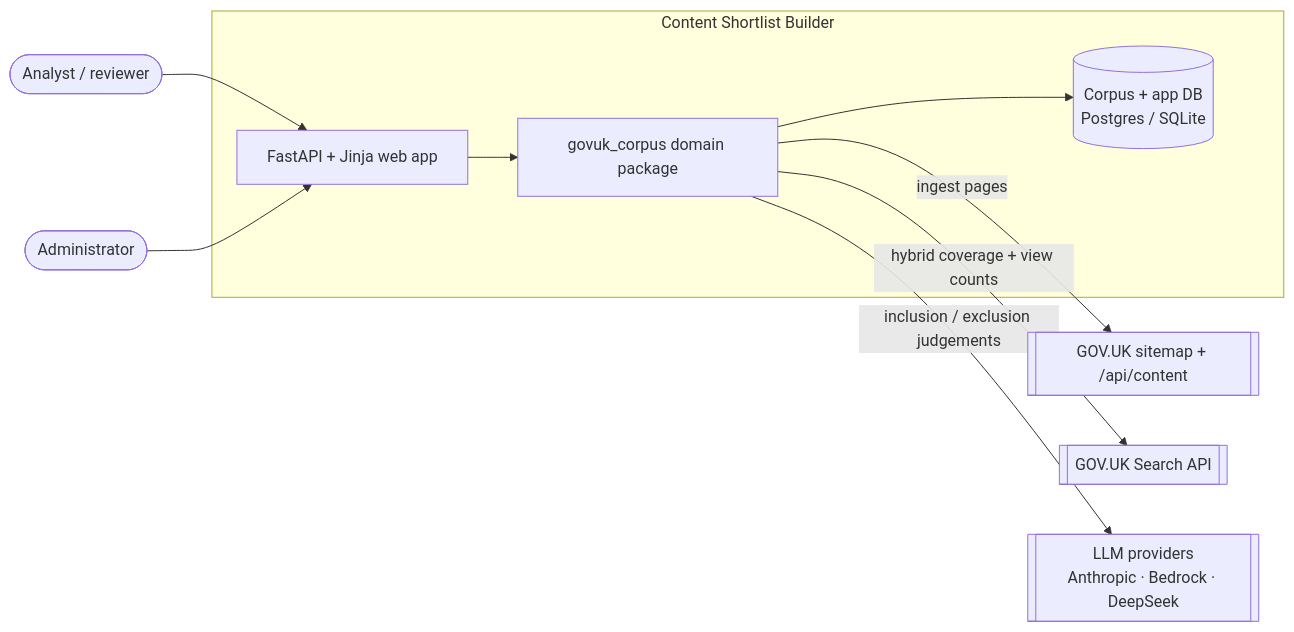
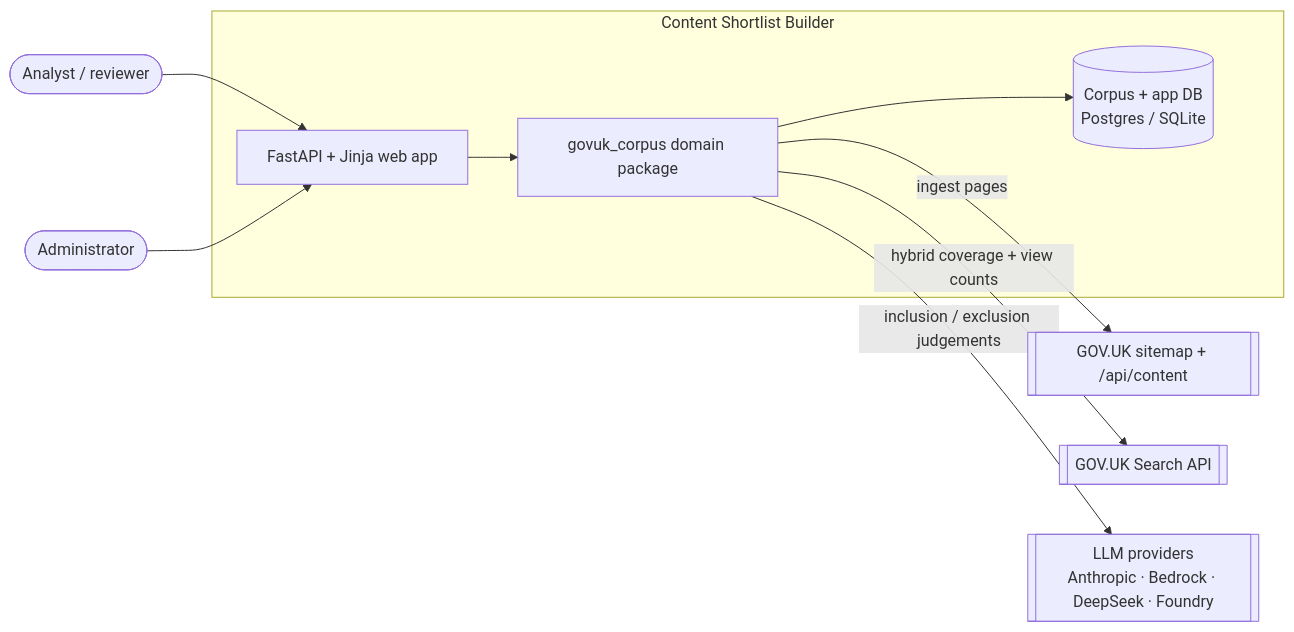
Before and after one commit to DEFRA/ai-gov-uk-guidance-discovery: the first of 4 diagrams in docs/architecture.md, drawn with Mermaid. The commit also changed other lines of this file and 12 other files, not shown here.

````diff
--- a/docs/architecture.md
+++ b/docs/architecture.md
@@ -32,20 +32,20 @@
 ```mermaid
 flowchart LR
   user([Analyst / reviewer])
   admin([Administrator])
   subgraph SB[Content Shortlist Builder]
     web[FastAPI + Jinja web app]
     dom[govuk_corpus domain package]
     db[(Corpus + app DB<br/>Postgres / SQLite)]
   end
   govuk[[GOV.UK sitemap + /api/content]]
   search[[GOV.UK Search API]]
-  llm[[LLM providers<br/>Anthropic · Bedrock · DeepSeek]]
+  llm[[LLM providers<br/>Anthropic · Bedrock · DeepSeek · Foundry]]
 
   user --> web
   admin --> web
   web --> dom --> db
   dom -- ingest pages --> govuk
   dom -- hybrid coverage + view counts --> search
   dom -- inclusion / exclusion judgements --> llm
 ```
````
